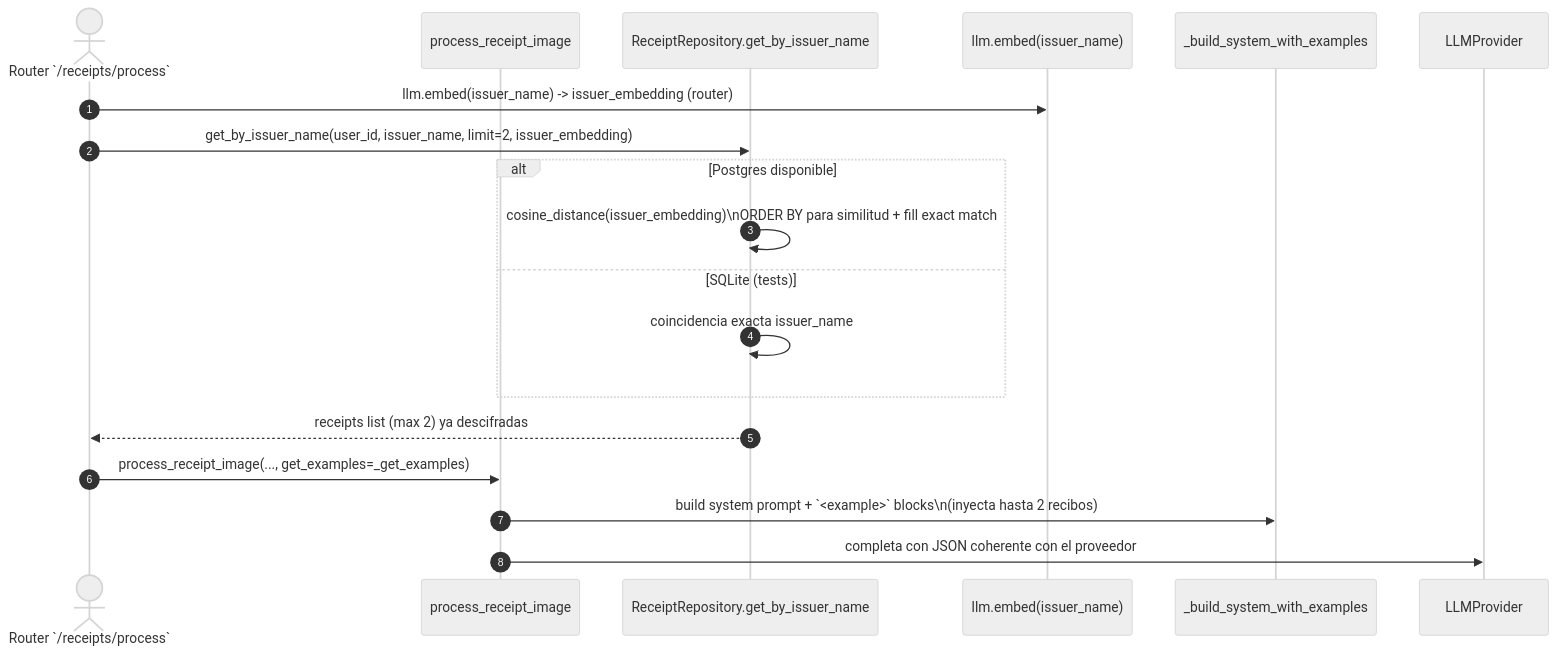
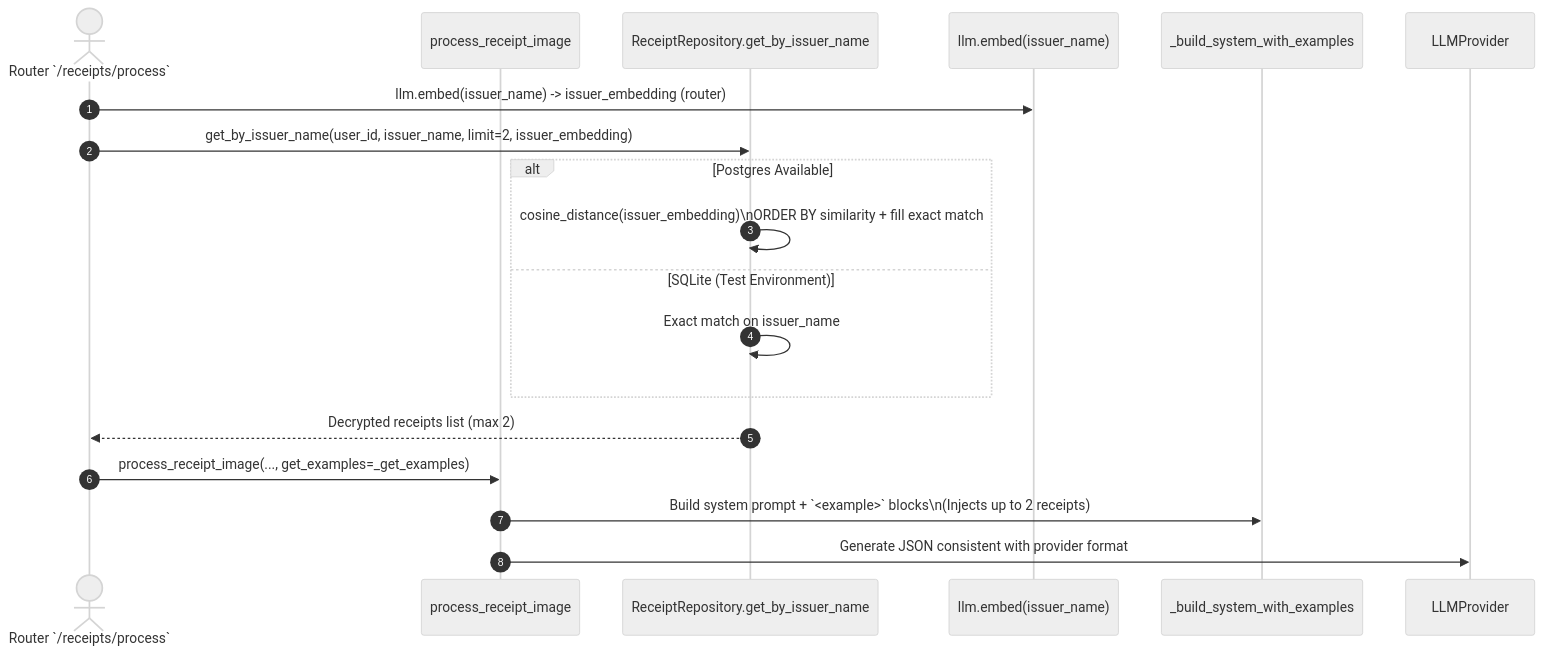
Before and after one commit to JMMAILabs/frugal-fortress-architecture: the third of 4 diagrams in docs/diagrams/VERA/diagram_hexagonal_module.md, drawn with Mermaid (neutral theme). The commit also changed other lines of this file and 9 other files, not shown here.

````diff
--- a/docs/diagrams/VERA/diagram_hexagonal_module.md
+++ b/docs/diagrams/VERA/diagram_hexagonal_module.md
@@ -120,24 +120,24 @@
 ```mermaid
 sequenceDiagram
-  autonumber
-  actor API as Router `/receipts/process`
-  participant RT as process_receipt_image
-  participant REPO as ReceiptRepository.get_by_issuer_name
-  participant EMB as llm.embed(issuer_name)
-  participant BUILD as _build_system_with_examples
-  participant LLM as LLMProvider
+    autonumber
+    actor API as Router `/receipts/process`
+    participant RT as process_receipt_image
+    participant REPO as ReceiptRepository.get_by_issuer_name
+    participant EMB as llm.embed(issuer_name)
+    participant BUILD as _build_system_with_examples
+    participant LLM as LLMProvider
 
-  API->>EMB: llm.embed(issuer_name) -> issuer_embedding (router)
-  API->>REPO: get_by_issuer_name(user_id, issuer_name, limit=2, issuer_embedding)
-  
-  alt Postgres disponible
-    REPO->>REPO: cosine_distance(issuer_embedding)\nORDER BY para similitud + fill exact match
-  else SQLite (tests)
-    REPO->>REPO: coincidencia exacta issuer_name
-  end
-  
-  REPO-->>API: receipts list (max 2) ya descifradas
-  API->>RT: process_receipt_image(..., get_examples=_get_examples)
-  RT->>BUILD: build system prompt + `<example>` blocks\n(inyecta hasta 2 recibos)
-  RT->>LLM: completa con JSON coherente con el proveedor
+    API->>EMB: llm.embed(issuer_name) -> issuer_embedding (router)
+    API->>REPO: get_by_issuer_name(user_id, issuer_name, limit=2, issuer_embedding)
+
+    alt Postgres Available
+        REPO->>REPO: cosine_distance(issuer_embedding)\nORDER BY similarity + fill exact match
+    else SQLite (Test Environment)
+        REPO->>REPO: Exact match on issuer_name
+    end
+
+    REPO-->>API: Decrypted receipts list (max 2)
+    API->>RT: process_receipt_image(..., get_examples=_get_examples)
+    RT->>BUILD: Build system prompt + `<example>` blocks\n(Injects up to 2 receipts)
+    RT->>LLM: Generate JSON consistent with provider format
 ```
````
